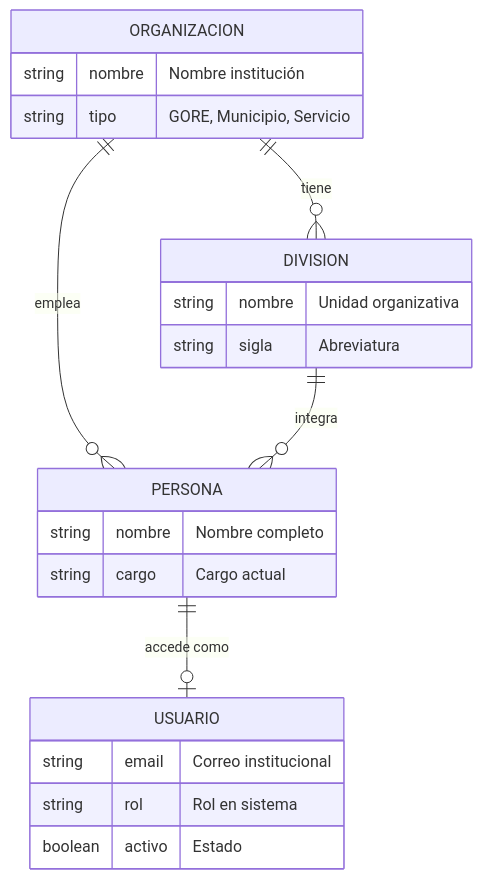
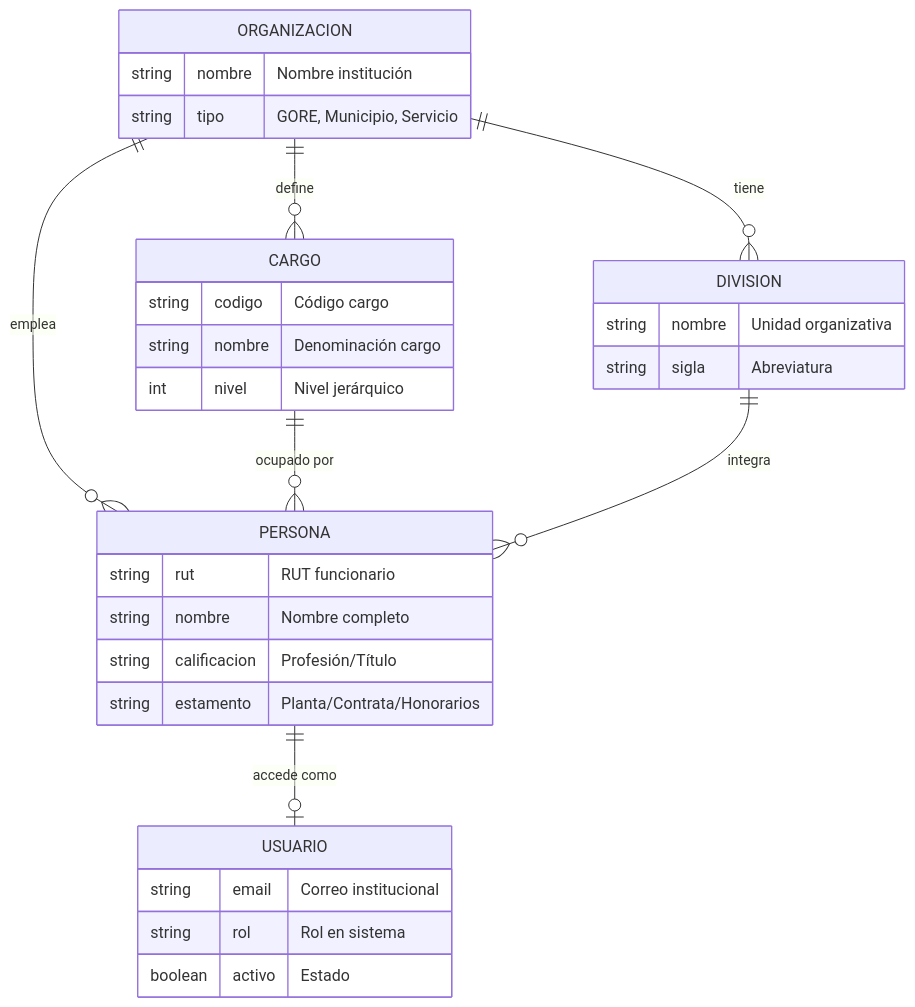
One commit to felix-antonio-sl/gore_os changed the eighth of 9 diagrams in model/model_goreos/docs/GOREOS_CONCEPTUAL_MODEL.md. Above: the diagram before and after it, drawn with Mermaid. The commit also changed other lines of this file and 2334 other files, not shown here.

````diff
--- a/model/model_goreos/docs/GOREOS_CONCEPTUAL_MODEL.md
+++ b/model/model_goreos/docs/GOREOS_CONCEPTUAL_MODEL.md
@@ -246,28 +256,38 @@
 ```mermaid
 erDiagram
     ORGANIZACION {
         string nombre "Nombre institución"
         string tipo "GORE, Municipio, Servicio"
     }
 
     DIVISION {
         string nombre "Unidad organizativa"
         string sigla "Abreviatura"
     }
 
+    CARGO {
+        string codigo "Código cargo"
+        string nombre "Denominación cargo"
+        int nivel "Nivel jerárquico"
+    }
+
     PERSONA {
+        string rut "RUT funcionario"
         string nombre "Nombre completo"
-        string cargo "Cargo actual"
+        string calificacion "Profesión/Título"
+        string estamento "Planta/Contrata/Honorarios"
     }
 
     USUARIO {
         string email "Correo institucional"
         string rol "Rol en sistema"
         boolean activo "Estado"
     }
 
     ORGANIZACION ||--o{ DIVISION : "tiene"
+    ORGANIZACION ||--o{ CARGO : "define"
     ORGANIZACION ||--o{ PERSONA : "emplea"
+    CARGO ||--o{ PERSONA : "ocupado por"
     PERSONA ||--o| USUARIO : "accede como"
     DIVISION ||--o{ PERSONA : "integra"
 ```
````
